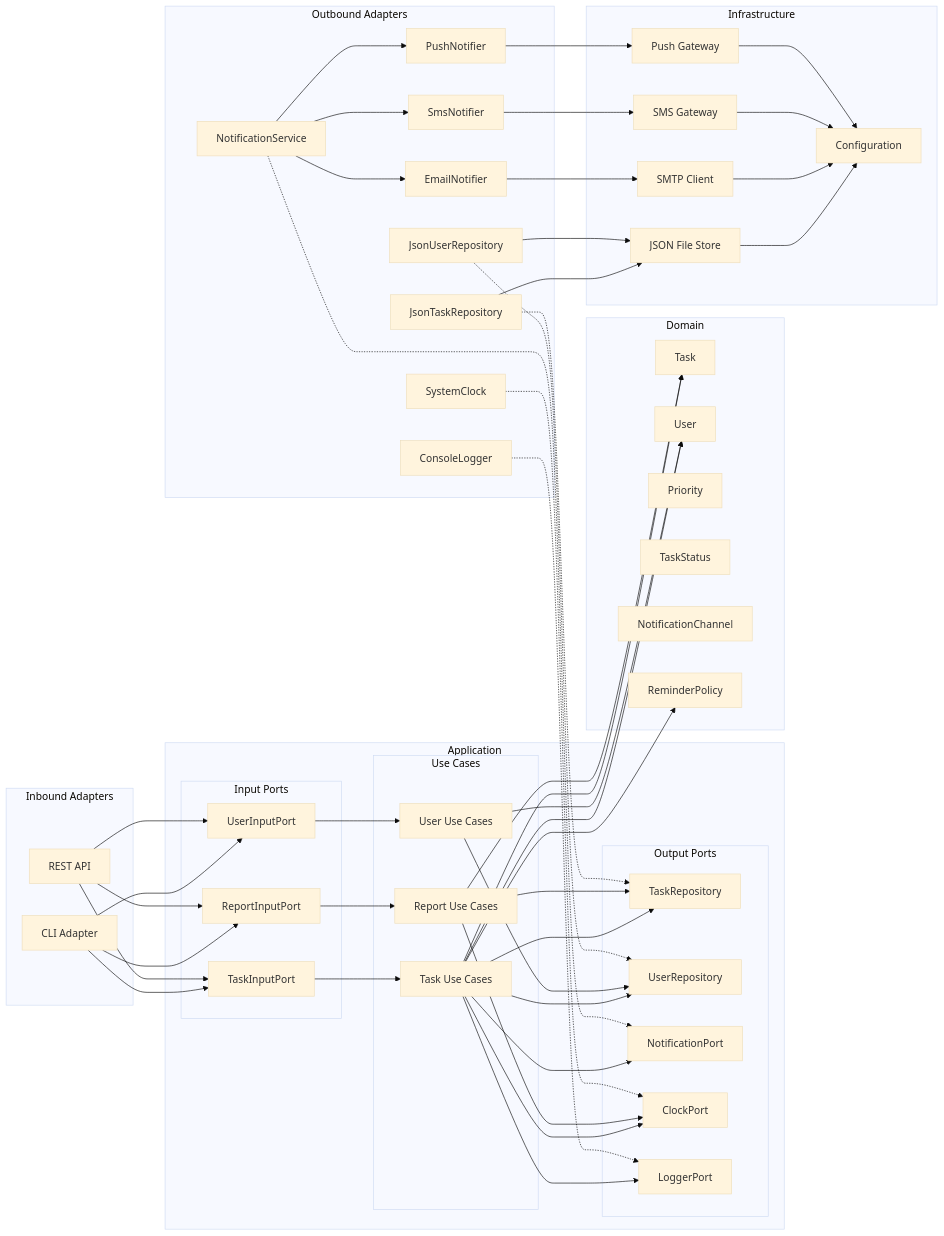
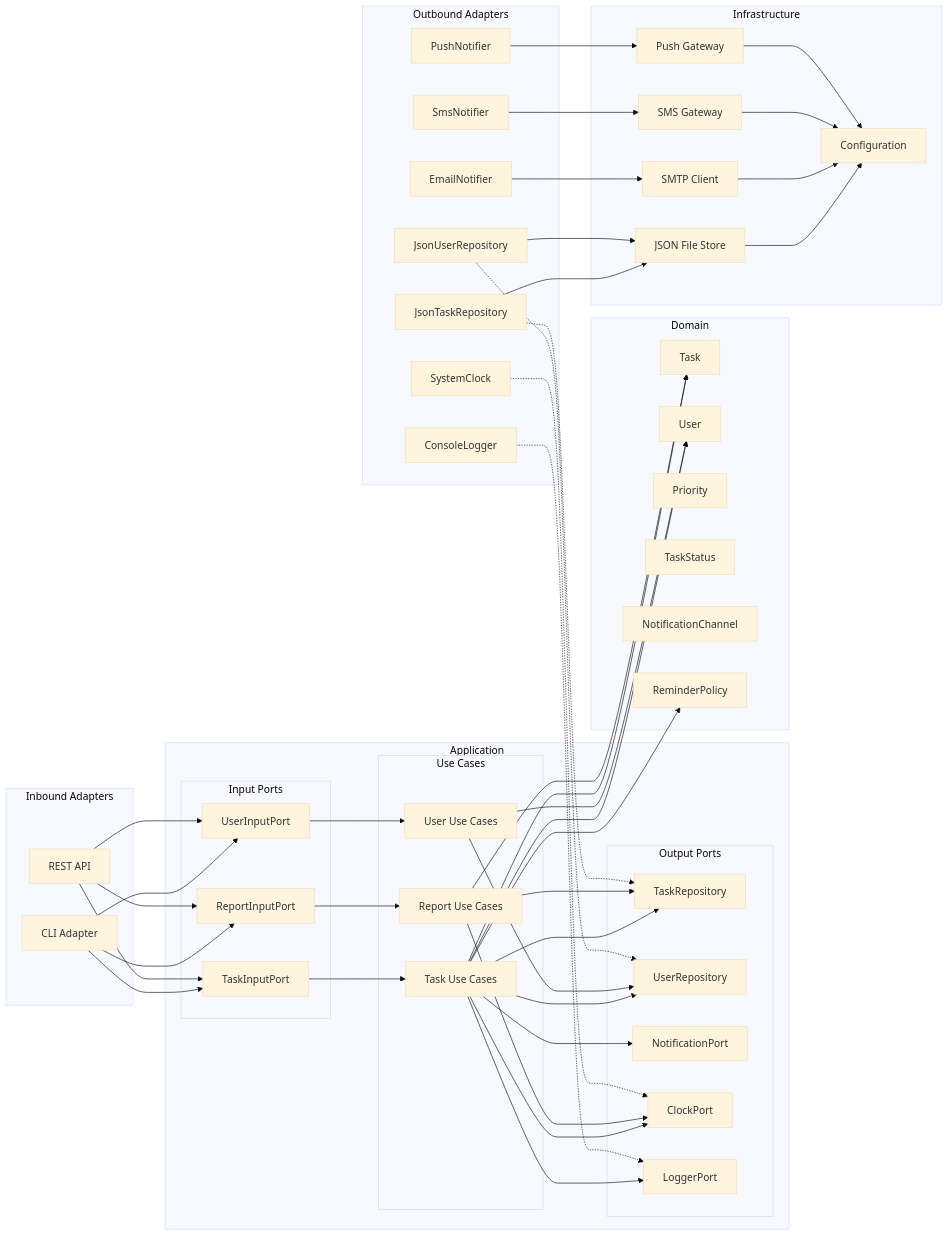
Before and after one commit to marvinhamacher/CodeQualerinoFixed: the diagram in architekturmodell.md, drawn with Mermaid (base theme).

```diff
--- a/architekturmodell.md
+++ b/architekturmodell.md
@@ -55,7 +55,6 @@
     JsonTaskRepo["JsonTaskRepository"]
     JsonUserRepo["JsonUserRepository"]
 
-    NotificationService["NotificationService"]
     EmailNotifier["EmailNotifier"]
     SmsNotifier["SmsNotifier"]
     PushNotifier["PushNotifier"]
@@ -123,16 +122,8 @@
 JsonTaskRepo -.-> TaskRepo
 JsonUserRepo -.-> UserRepo
 
-NotificationService -.-> NotificationPort
 SystemClock -.-> ClockPort
 ConsoleLogger -.-> LoggerPort
-
-%% ----------------------------
-%% Technische Abhängigkeiten
-%% ----------------------------
-NotificationService --> EmailNotifier
-NotificationService --> SmsNotifier
-NotificationService --> PushNotifier
 
 JsonTaskRepo --> JsonStore
 JsonUserRepo --> JsonStore
```
